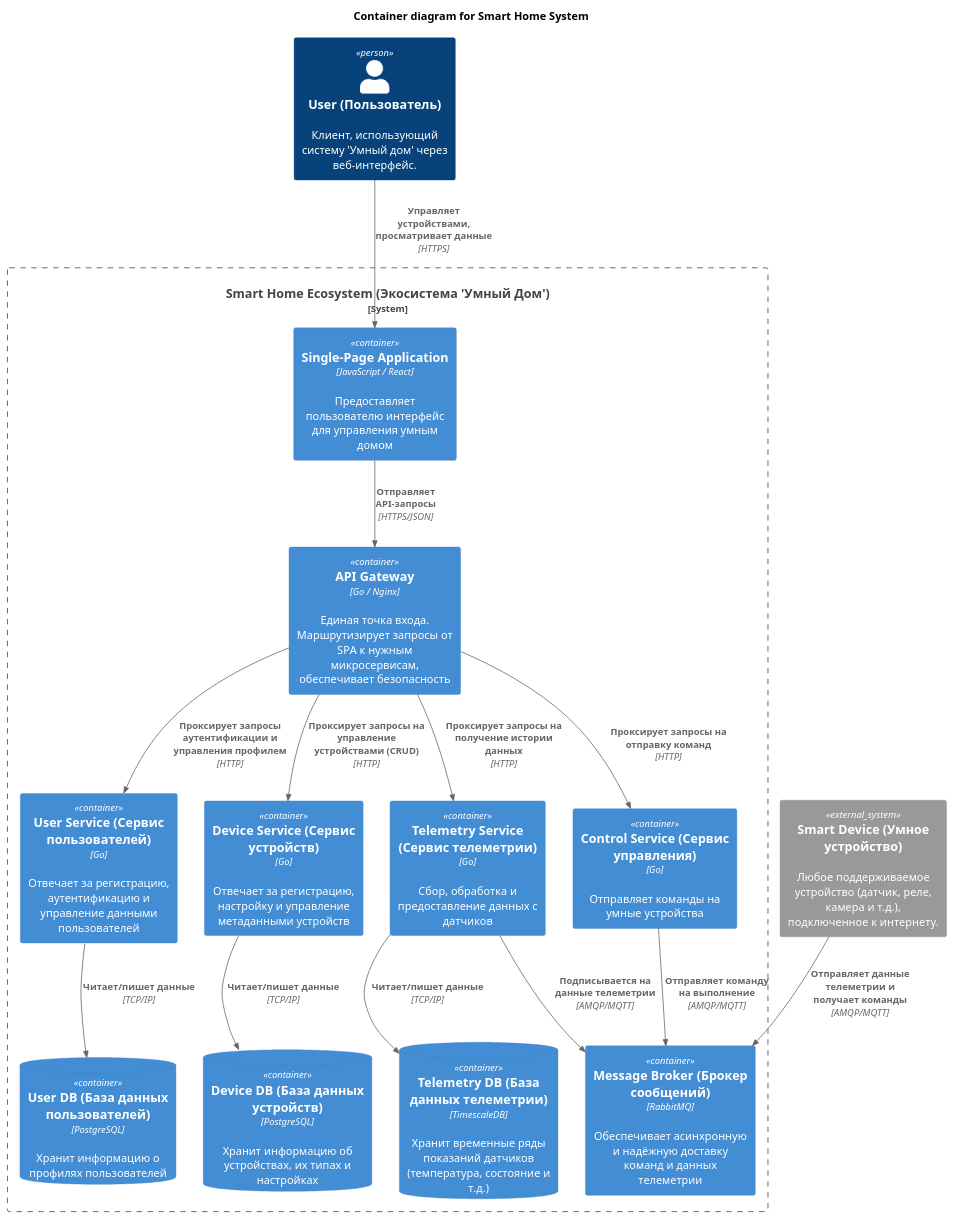
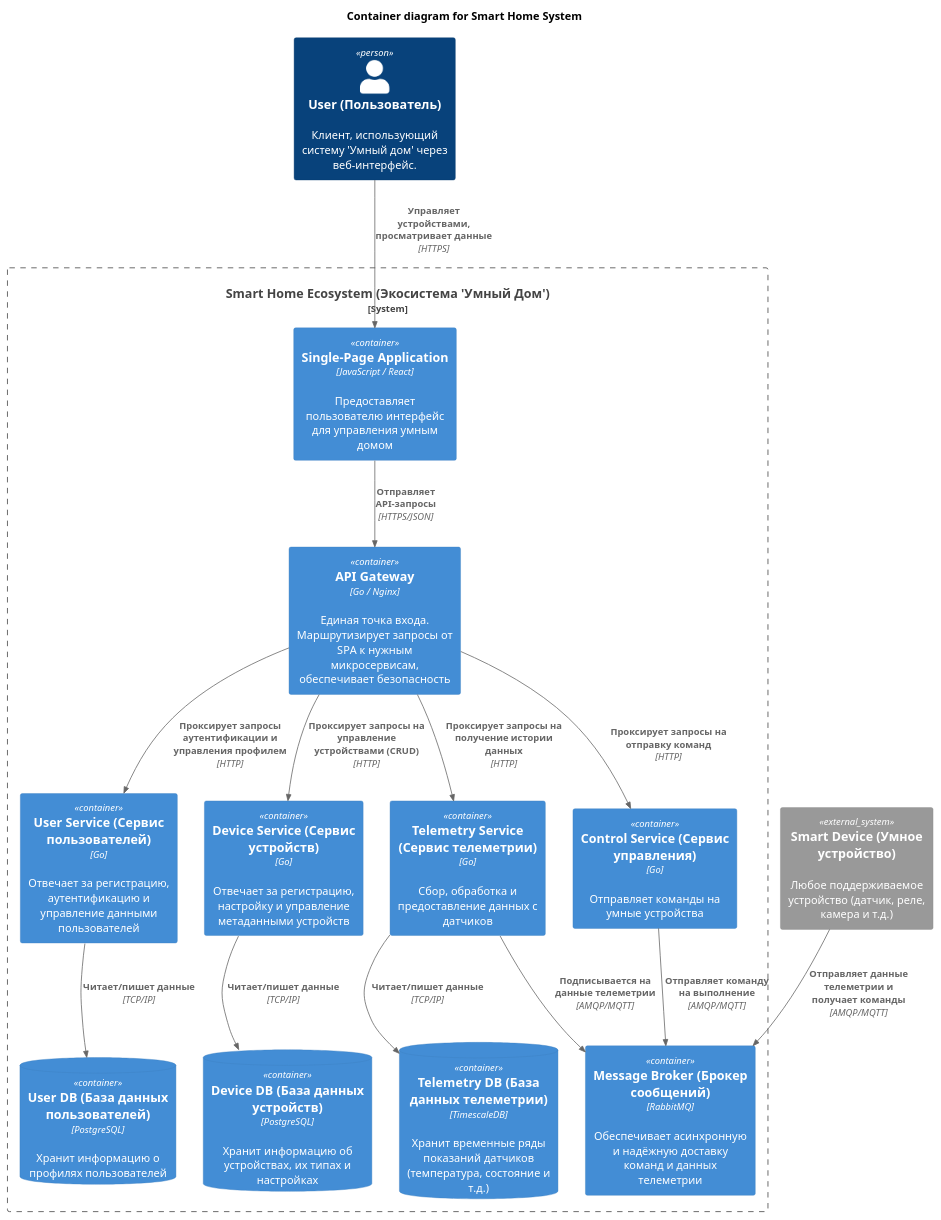
Before and after one commit to kotenev/architecture-pro-warmhouse: the diagram in docs/C4/Container.puml, drawn with PlantUML.

Commit message:
Изменена C4 диаграмма контейнеров

```diff
--- a/docs/C4/Container.puml
+++ b/docs/C4/Container.puml
@@ -1,58 +1,58 @@
 @startuml
 !includeurl https://raw.githubusercontent.com/RicardoNiepel/C4-PlantUML/master/C4_Container.puml
 
 title Container diagram for Smart Home System
 
 ' Определяем действующих лиц и внешние системы
 Person(user, "User (Пользователь)", "Клиент, использующий систему 'Умный дом' через веб-интерфейс.")
-System_Ext(smart_device, "Smart Device (Умное устройство)", "Любое поддерживаемое устройство (датчик, реле, камера и т.д.), подключенное к интернету.")
+System_Ext(smart_device, "Smart Device (Умное устройство)", "Любое поддерживаемое устройство (датчик, реле, камера и т.д.)")
 
 ' Определяем границы системы
 System_Boundary(c1, "Smart Home Ecosystem (Экосистема 'Умный Дом')") {
 
     ' --- Клиентское приложение ---
     Container(spa, "Single-Page Application", "JavaScript / React", "Предоставляет пользователю интерфейс для управления умным домом")
 
     ' --- Внутренние сервисы (микросервисы) ---
     Container(api_gateway, "API Gateway", "Go / Nginx", "Единая точка входа. Маршрутизирует запросы от SPA к нужным микросервисам, обеспечивает безопасность")
 
     Container(user_service, "User Service (Сервис пользователей)", "Go", "Отвечает за регистрацию, аутентификацию и управление данными пользователей")
     ContainerDb(user_db, "User DB (База данных пользователей)", "PostgreSQL", "Хранит информацию о профилях пользователей")
 
     Container(device_service, "Device Service (Сервис устройств)", "Go", "Отвечает за регистрацию, настройку и управление метаданными устройств")
     ContainerDb(device_db, "Device DB (База данных устройств)", "PostgreSQL", "Хранит информацию об устройствах, их типах и настройках")
 
     Container(telemetry_service, "Telemetry Service (Сервис телеметрии)", "Go", "Сбор, обработка и предоставление данных с датчиков")
     ContainerDb(telemetry_db, "Telemetry DB (База данных телеметрии)", "TimescaleDB", "Хранит временные ряды показаний датчиков (температура, состояние и т.д.)")
 
     Container(control_service, "Control Service (Сервис управления)", "Go", "Отправляет команды на умные устройства")
 
     ' --- Брокер сообщений для асинхронного взаимодействия ---
     Container(message_broker, "Message Broker (Брокер сообщений)", "RabbitMQ", "Обеспечивает асинхронную и надёжную доставку команд и данных телеметрии")
 }
 
 ' --- Определяем связи ---
 
 ' Пользователь и система
 Rel(user, spa, "Управляет устройствами, просматривает данные", "HTTPS")
 Rel(spa, api_gateway, "Отправляет API-запросы", "HTTPS/JSON")
 
 ' API Gateway и внутренние сервисы
 Rel(api_gateway, user_service, "Проксирует запросы аутентификации и управления профилем", "HTTP")
 Rel(api_gateway, device_service, "Проксирует запросы на управление устройствами (CRUD)", "HTTP")
 Rel(api_gateway, telemetry_service, "Проксирует запросы на получение истории данных", "HTTP")
 Rel(api_gateway, control_service, "Проксирует запросы на отправку команд", "HTTP")
 
 ' Связи сервисов с их базами данных
 Rel(user_service, user_db, "Читает/пишет данные", "TCP/IP")
 Rel(device_service, device_db, "Читает/пишет данные", "TCP/IP")
 Rel(telemetry_service, telemetry_db, "Читает/пишет данные", "TCP/IP")
 
 ' Асинхронное взаимодействие через брокер
 Rel(control_service, message_broker, "Отправляет команду на выполнение", "AMQP/MQTT")
 Rel(telemetry_service, message_broker, "Подписывается на данные телеметрии", "AMQP/MQTT")
 
 ' Устройства и система
 Rel(smart_device, message_broker, "Отправляет данные телеметрии и получает команды", "AMQP/MQTT")
 
 @enduml
```
